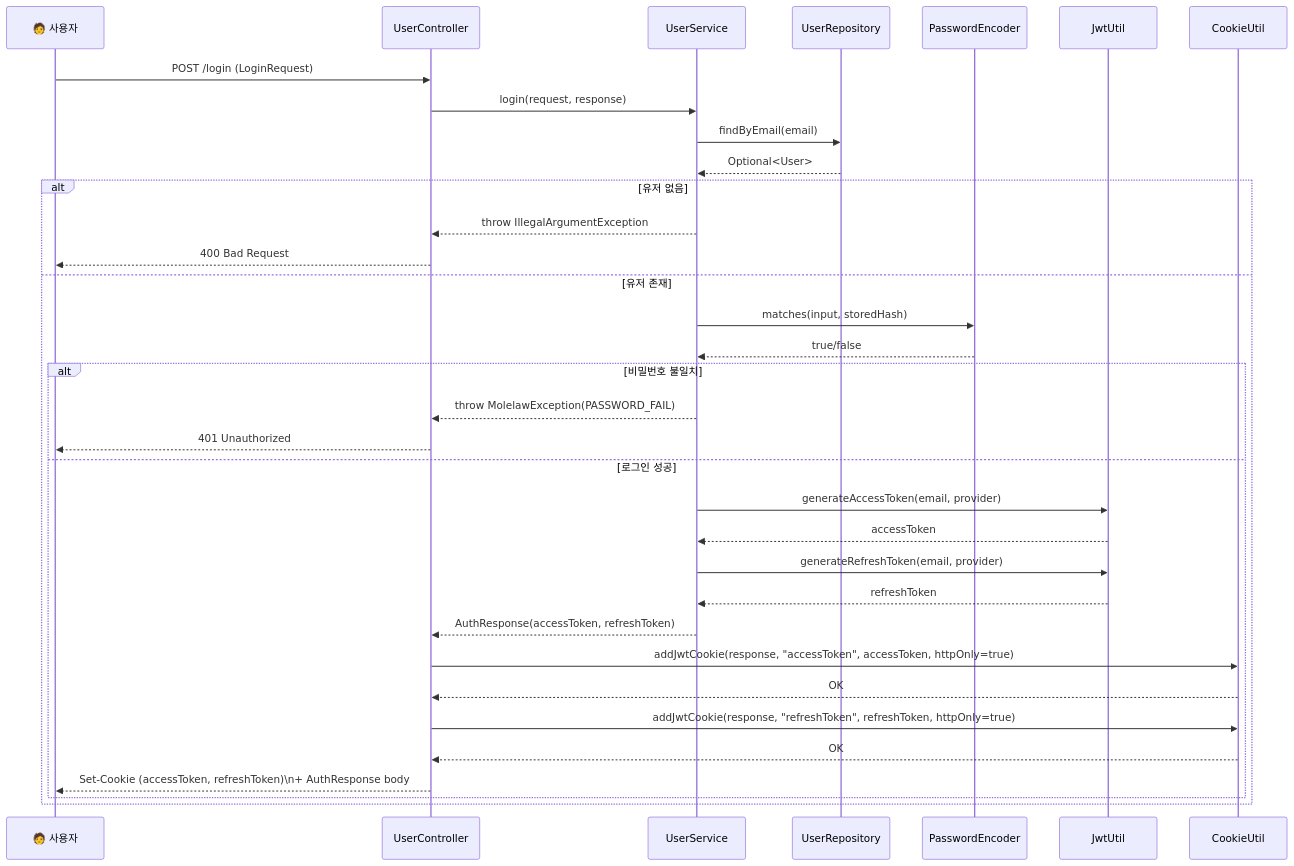
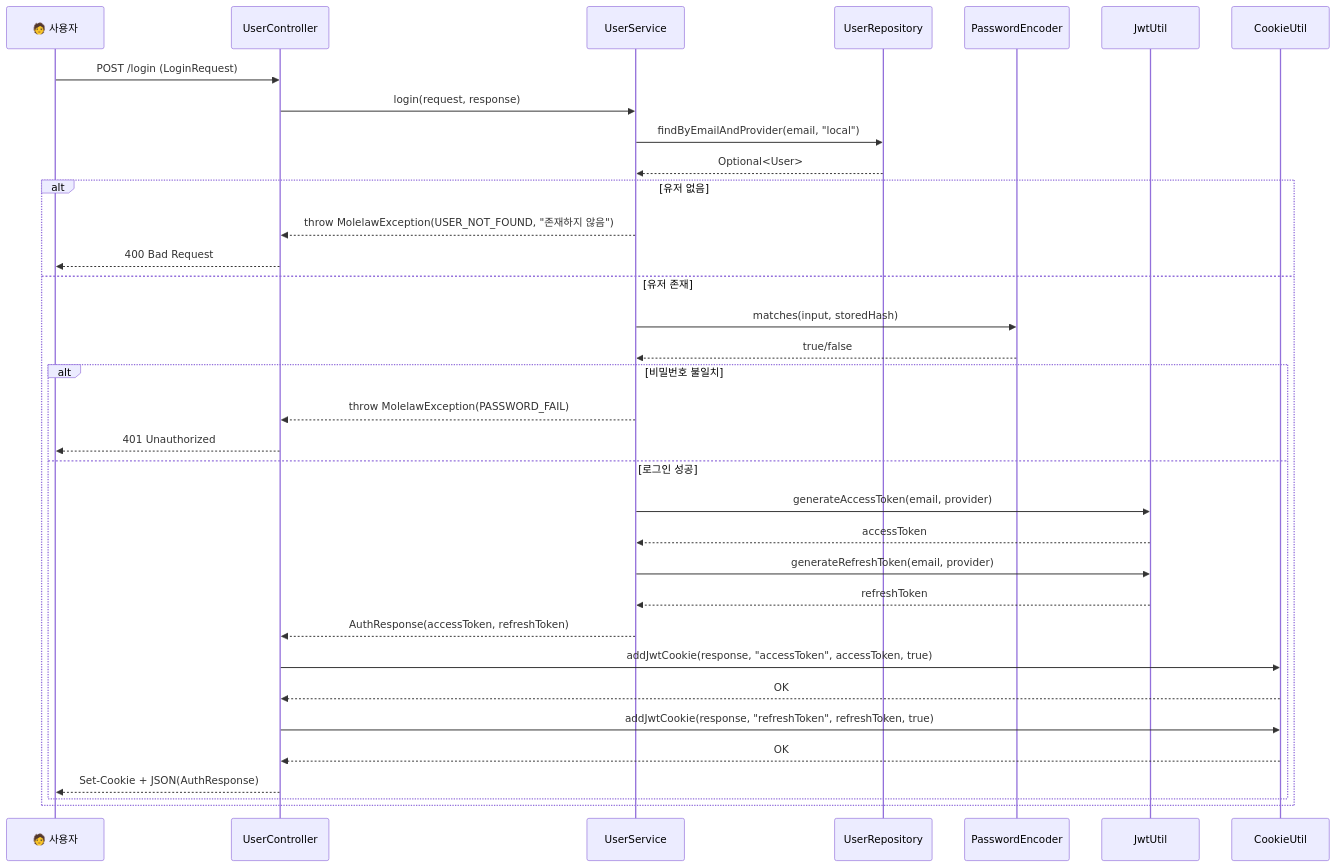
One commit to ranpia/MoleLaw_backend changed the first of 6 diagrams in README.md. Above: the diagram before and after it, drawn with Mermaid. The commit also changed other lines of this file and 2 other files, not shown here.

Commit message:
fix: 로그인 에러코드 수정 - 400 유저 존재하지 않는 에러 던짐

````diff
--- a/README.md
+++ b/README.md
@@ -54,47 +54,48 @@
 ```mermaid
 sequenceDiagram
   participant User as 🧑 사용자
   participant UserController
   participant UserService
   participant UserRepository
   participant PasswordEncoder
   participant JwtUtil
   participant CookieUtil
 
   User->>UserController: POST /login (LoginRequest)
 
   UserController->>UserService: login(request, response)
 
-  UserService->>UserRepository: findByEmail(email)
+  UserService->>UserRepository: findByEmailAndProvider(email, "local")
   UserRepository-->>UserService: Optional<User>
 
   alt 유저 없음
-    UserService-->>UserController: throw IllegalArgumentException
+    UserService-->>UserController: throw MolelawException(USER_NOT_FOUND, "존재하지 않음")
     UserController-->>User: 400 Bad Request
   else 유저 존재
     UserService->>PasswordEncoder: matches(input, storedHash)
     PasswordEncoder-->>UserService: true/false
 
     alt 비밀번호 불일치
       UserService-->>UserController: throw MolelawException(PASSWORD_FAIL)
       UserController-->>User: 401 Unauthorized
     else 로그인 성공
       UserService->>JwtUtil: generateAccessToken(email, provider)
       JwtUtil-->>UserService: accessToken
 
       UserService->>JwtUtil: generateRefreshToken(email, provider)
       JwtUtil-->>UserService: refreshToken
 
       UserService-->>UserController: AuthResponse(accessToken, refreshToken)
 
-      UserController->>CookieUtil: addJwtCookie(response, "accessToken", accessToken, httpOnly=true)
+      UserController->>CookieUtil: addJwtCookie(response, "accessToken", accessToken, true)
       CookieUtil-->>UserController: OK
 
-      UserController->>CookieUtil: addJwtCookie(response, "refreshToken", refreshToken, httpOnly=true)
+      UserController->>CookieUtil: addJwtCookie(response, "refreshToken", refreshToken, true)
       CookieUtil-->>UserController: OK
 
-      UserController-->>User: Set-Cookie (accessToken, refreshToken)\n+ AuthResponse body
+      UserController-->>User: Set-Cookie + JSON(AuthResponse)
     end
   end
 
+
 ```
````
